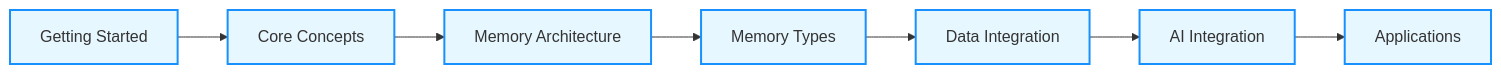
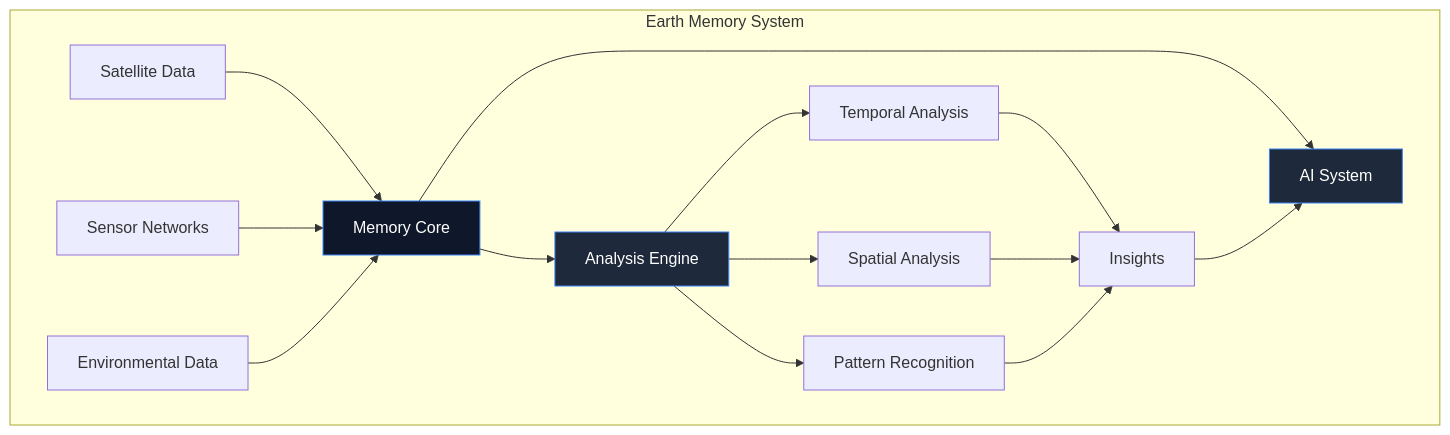
One commit to Vortx-AI/memories-dev changed the diagram in docs/source/index.rst. Above: the diagram before and after it, drawn with Mermaid. The commit also changed other lines of this file and 1 other file, not shown here.

```diff
--- a/docs/source/index.rst
+++ b/docs/source/index.rst
@@ -209,17 +28,20 @@
-.. mermaid::
+       .. mermaid::
 
-   flowchart LR
-      A[Getting Started] --> B[Core Concepts]
-      B --> C[Memory Architecture]
-      C --> D[Memory Types]
-      D --> E[Data Integration]
-      E --> F[AI Integration]
-      F --> G[Applications]
-      
-      style A fill:#e6f7ff,stroke:#1890ff,stroke-width:2px
-      style B fill:#e6f7ff,stroke:#1890ff,stroke-width:2px
-      style C fill:#e6f7ff,stroke:#1890ff,stroke-width:2px
-      style D fill:#e6f7ff,stroke:#1890ff,stroke-width:2px
-      style E fill:#e6f7ff,stroke:#1890ff,stroke-width:2px
-      style F fill:#e6f7ff,stroke:#1890ff,stroke-width:2px
-      style G fill:#e6f7ff,stroke:#1890ff,stroke-width:2px
+          graph TB
+              subgraph "Earth Memory System"
+                  A[Satellite Data] --> D[Memory Core]
+                  B[Sensor Networks] --> D
+                  C[Environmental Data] --> D
+                  D --> E[AI System]
+                  D --> F[Analysis Engine]
+                  F --> G[Temporal Analysis]
+                  F --> H[Spatial Analysis]
+                  F --> I[Pattern Recognition]
+                  G --> J[Insights]
+                  H --> J
+                  I --> J
+                  J --> E
+              end
+              style D fill:#0f172a,stroke:#3b82f6,color:#fff
+              style E fill:#1e293b,stroke:#3b82f6,color:#fff
+              style F fill:#1e293b,stroke:#3b82f6,color:#fff
```
